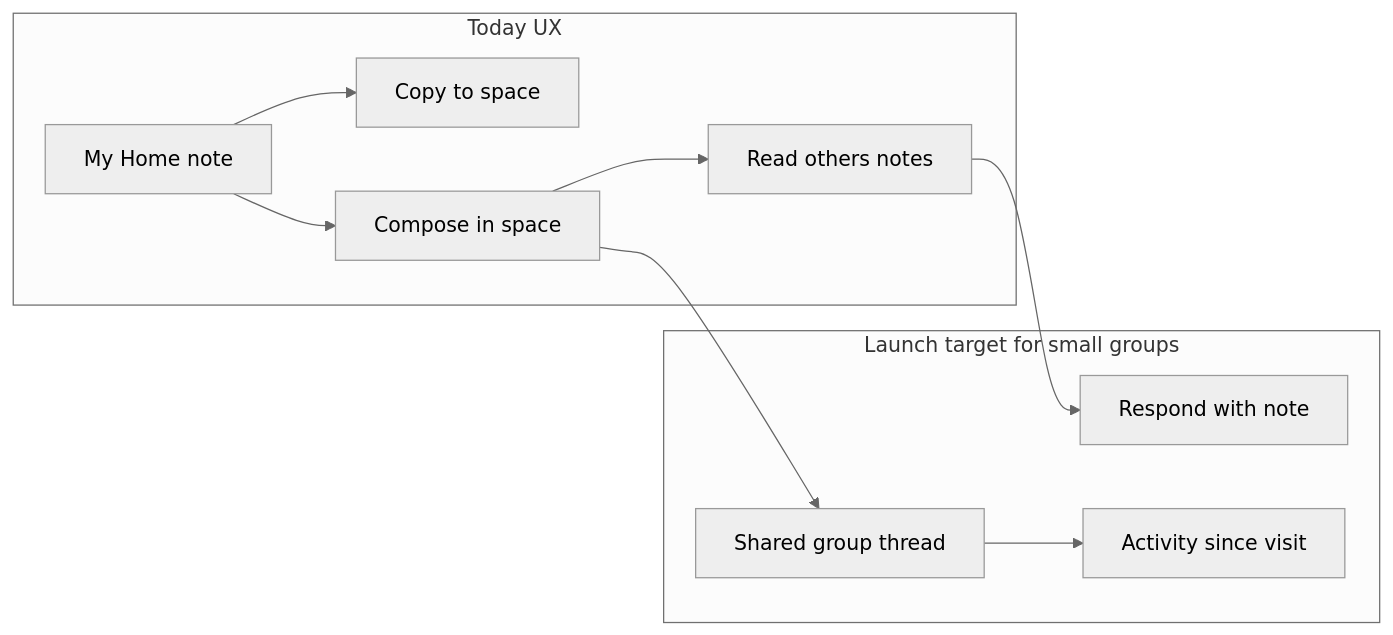
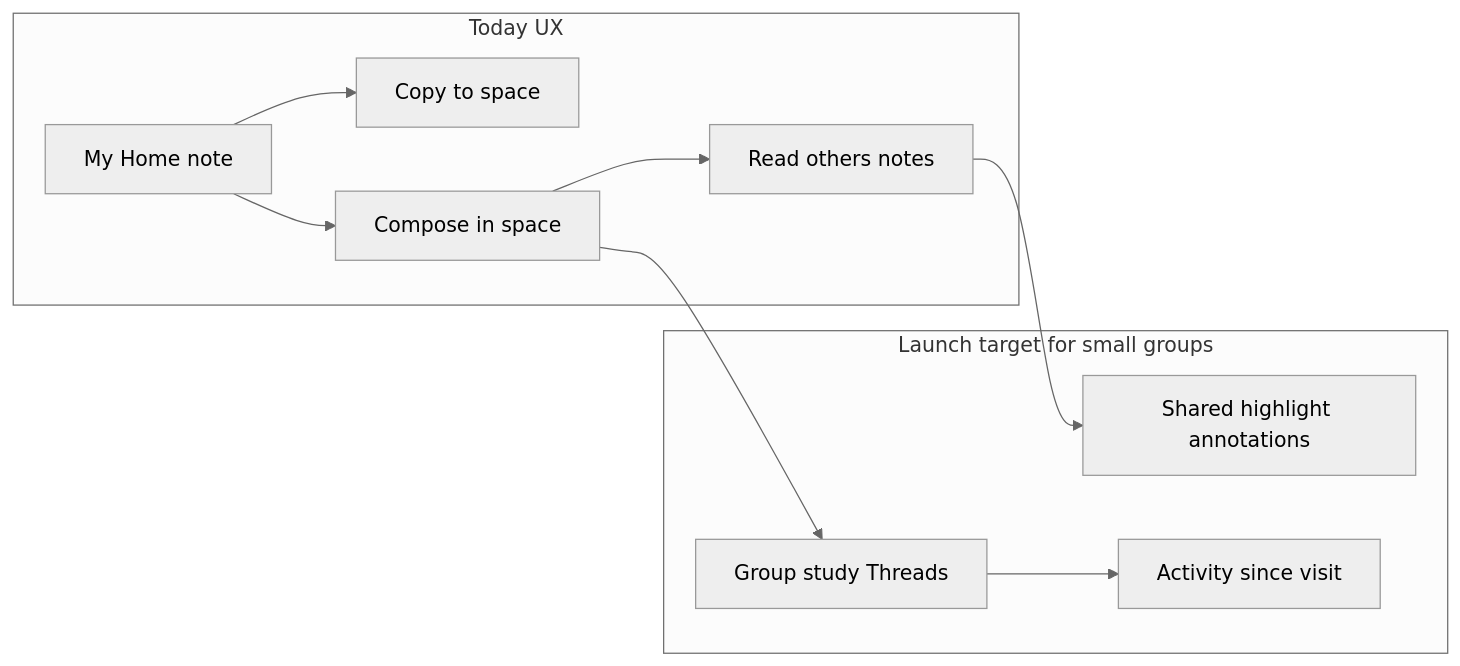
One commit to harvouscom/harvous changed the first of 2 diagrams in docs/future/SHARED_SPACES_LAUNCH_STRATEGY.md. Above: the diagram before and after it, drawn with Mermaid (neutral theme). The commit also changed other lines of this file, not shown here.

First line of the commit message:
docs: lock Tier 1 Shared Spaces UX to annotations and Threads.

````diff
--- a/docs/future/SHARED_SPACES_LAUNCH_STRATEGY.md
+++ b/docs/future/SHARED_SPACES_LAUNCH_STRATEGY.md
@@ -30,20 +30,20 @@
 ```mermaid
 flowchart LR
   subgraph today [Today UX]
     Personal[My Home note]
     Copy[Copy to space]
     Native[Compose in space]
     ReadOnly[Read others notes]
     Personal --> Copy
     Personal --> Native
     Native --> ReadOnly
   end
   subgraph target [Launch target for small groups]
-    Thread[Shared group thread]
-    Respond[Respond with note]
+    Thread[Group study Threads]
+    Annotate[Shared highlight annotations]
     Activity[Activity since visit]
     Native --> Thread
-    ReadOnly --> Respond
+    ReadOnly --> Annotate
     Thread --> Activity
   end
 ```
````
